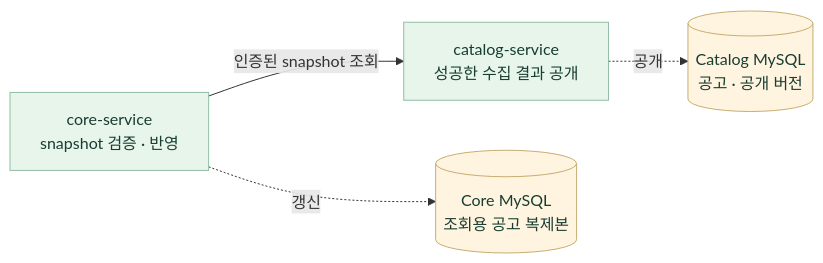
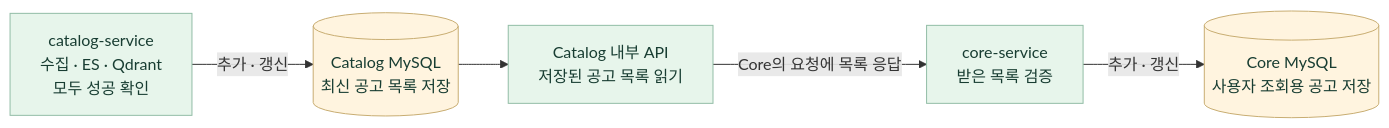
The tenth of 26 diagrams in README.md (20220348-kim/SKN34-4th-1Team), drawn with Mermaid before and after one commit. The commit also changed other lines of this file and 56 other files, not shown here.

````diff
--- a/README.md
+++ b/README.md
@@ -648,10 +656,11 @@
 ```mermaid
 flowchart LR
-    Core["core-service<br/>snapshot 검증 · 반영"] -->|인증된 snapshot 조회| Catalog["catalog-service<br/>성공한 수집 결과 공개"]
-    Catalog -. 공개 .-> CatalogDB[("Catalog MySQL<br/>공고 · 공개 버전")]
-    Core -. 갱신 .-> CoreDB[("Core MySQL<br/>조회용 공고 복제본")]
+    Catalog["catalog-service<br/>수집 · ES · Qdrant<br/>모두 성공 확인"] -->|추가 · 갱신| CatalogDB[("Catalog MySQL<br/>최신 공고 목록 저장")]
+    CatalogDB --> Snapshot["Catalog 내부 API<br/>저장된 공고 목록 읽기"]
+    Snapshot -->|Core의 요청에 목록 응답| Core["core-service<br/>받은 목록 검증"]
+    Core -->|추가 · 갱신| CoreDB[("Core MySQL<br/>사용자 조회용 공고 저장")]
     classDef service fill:#e7f5eb,stroke:#92bda6,color:#183d32
     classDef mysql fill:#fff4df,stroke:#c8ad72,color:#183d32
-    class Core,Catalog service
+    class Core,Catalog,Snapshot service
     class CoreDB,CatalogDB mysql
 ```
````
